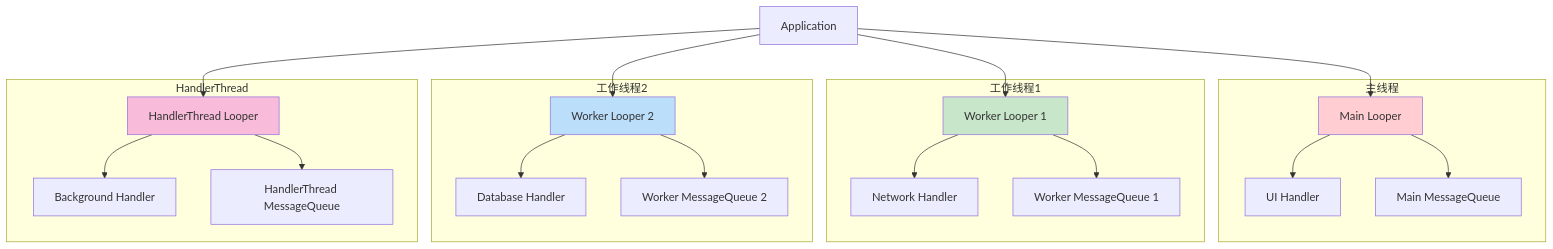
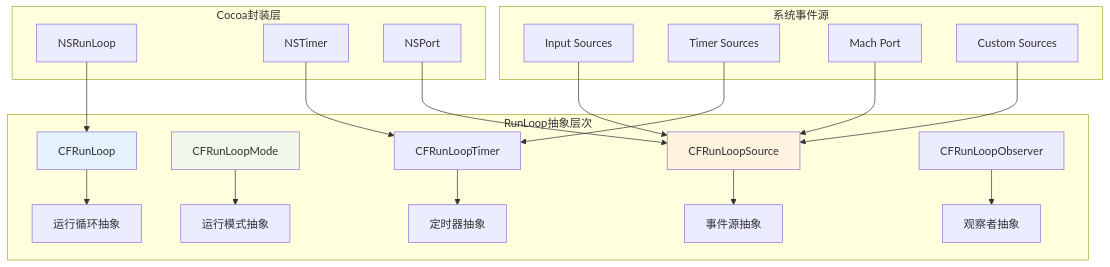
Before and after one commit to chongyang211/YCBookBlog: the third of 9 diagrams in 00.通用技术的提升/README.md, drawn with Mermaid. The commit also changed other lines of this file and 1 other file, not shown here.

````diff
--- a/00.通用技术的提升/README.md
+++ b/00.通用技术的提升/README.md
@@ -452,32 +272,27 @@
 ```mermaid
 graph TB
-    subgraph "主线程"
-        A[Main Looper] --> B[UI Handler]
-        A --> C[Main MessageQueue]
+    subgraph "RunLoop抽象层次"
+        A[CFRunLoop] --> B[运行循环抽象]
+        C[CFRunLoopMode] --> D[运行模式抽象]
+        E[CFRunLoopSource] --> F[事件源抽象]
+        G[CFRunLoopTimer] --> H[定时器抽象]
+        I[CFRunLoopObserver] --> J[观察者抽象]
     end
     
-    subgraph "工作线程1"
-        D[Worker Looper 1] --> E[Network Handler]
-        D --> F[Worker MessageQueue 1]
+    subgraph "Cocoa封装层"
+        K[NSRunLoop] --> A
+        L[NSTimer] --> G
+        M[NSPort] --> E
     end
     
-    subgraph "工作线程2"
-        G[Worker Looper 2] --> H[Database Handler]
-        G --> I[Worker MessageQueue 2]
+    subgraph "系统事件源"
+        N[Input Sources] --> E
+        O[Timer Sources] --> G
+        P[Mach Port] --> E
+        Q[Custom Sources] --> E
     end
     
-    subgraph "HandlerThread"
-        J[HandlerThread Looper] --> K[Background Handler]
-        J --> L[HandlerThread MessageQueue]
-    end
-    
-    M[Application] --> A
-    M --> D
-    M --> G
-    M --> J
-    
-    style A fill:#ffcdd2
-    style D fill:#c8e6c9
-    style G fill:#bbdefb
-    style J fill:#f8bbd9
+    style A fill:#e3f2fd
+    style C fill:#f1f8e9
+    style E fill:#fff3e0
 ```
````
